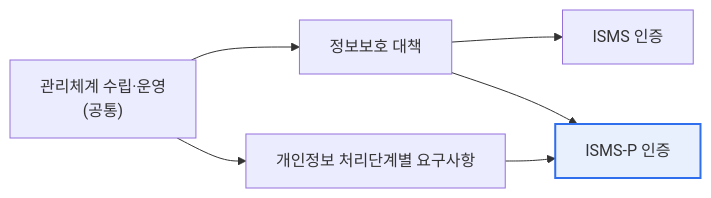
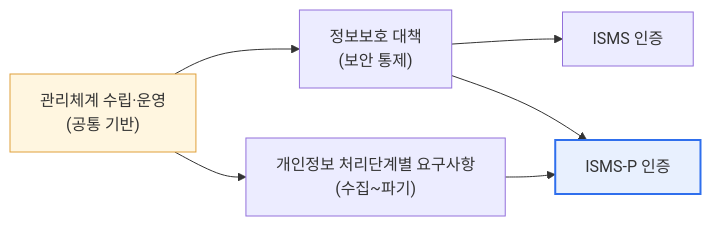
Before and after one commit to coninggu/wjdqhrhksflrltnftk: the diagram in content/isms-p.md, drawn with Mermaid. The commit also changed other lines of this file and 3 other files, not shown here.

First line of the commit message:
Deepen NFC(Near Field Communication), 정보보호 및 개인정보보호 관리체계(ISMS / ISMS-P) (auto)

````diff
--- a/content/isms-p.md
+++ b/content/isms-p.md
@@ -15,9 +21,10 @@
 ```mermaid
 flowchart LR
-  A["관리체계 수립·운영<br/>(공통)"] --> B[정보보호 대책]
-  A --> C[개인정보 처리단계별 요구사항]
-  B --> ISMS[ISMS 인증]
-  B --> ISMSP[ISMS-P 인증]
+  A["관리체계 수립·운영<br/>(공통 기반)"] --> B["정보보호 대책<br/>(보안 통제)"]
+  A --> C["개인정보 처리단계별 요구사항<br/>(수집~파기)"]
+  B --> ISMS["ISMS 인증"]
+  B --> ISMSP["ISMS-P 인증"]
   C --> ISMSP
   style ISMSP fill:#e8f0fe,stroke:#2f6fed,stroke-width:2px
+  style A fill:#fff6e0,stroke:#e0a03a,stroke-width:1px
 ```
````
